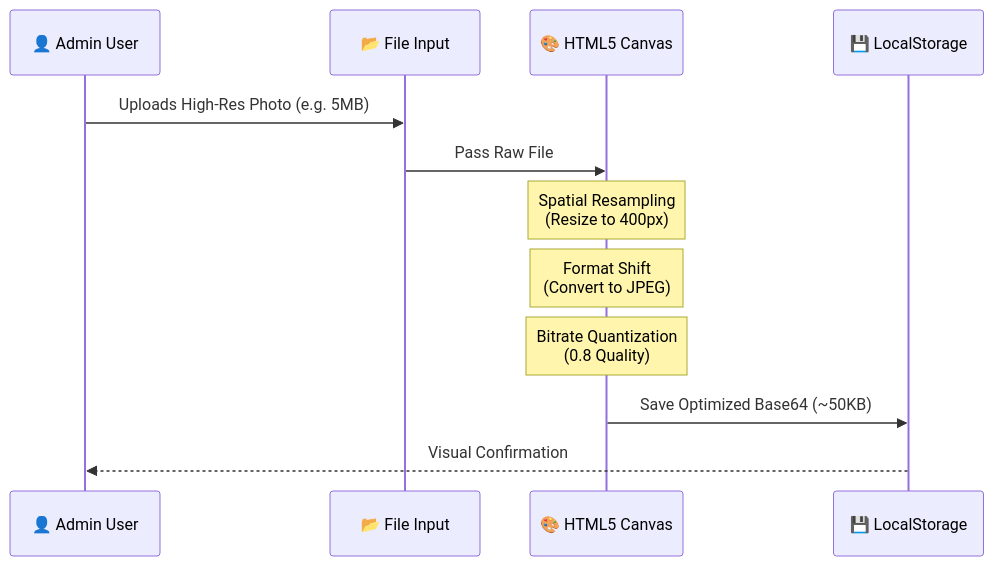
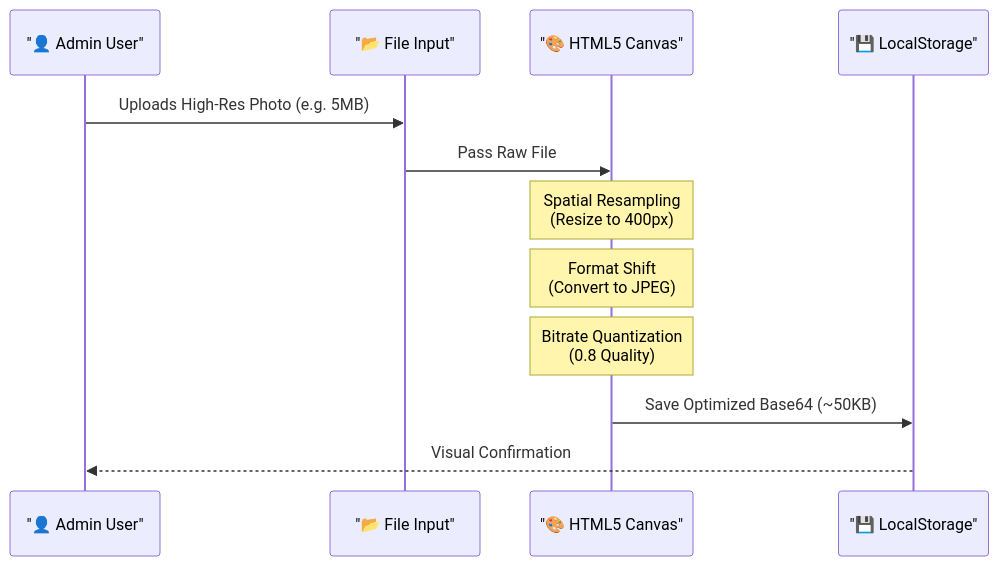
One commit to KGFCH2/GitInsight-AI changed the third of 3 diagrams in ARCHITECTURE.md. Above: the diagram before and after it, drawn with Mermaid. The commit also changed other lines of this file, not shown here.

````diff
--- a/ARCHITECTURE.md
+++ b/ARCHITECTURE.md
@@ -86,15 +86,15 @@
 ```mermaid
 sequenceDiagram
-    participant A as 👤 Admin User
-    participant B as 📂 File Input
-    participant C as 🎨 HTML5 Canvas
-    participant D as 💾 LocalStorage
+    participant A as "👤 Admin User"
+    participant B as "📂 File Input"
+    participant C as "🎨 HTML5 Canvas"
+    participant D as "💾 LocalStorage"
 
     A->>B: Uploads High-Res Photo (e.g. 5MB)
     B->>C: Pass Raw File
     Note over C: Spatial Resampling<br/>(Resize to 400px)
     Note over C: Format Shift<br/>(Convert to JPEG)
     Note over C: Bitrate Quantization<br/>(0.8 Quality)
     C->>D: Save Optimized Base64 (~50KB)
     D-->>A: Visual Confirmation
 ```
````
